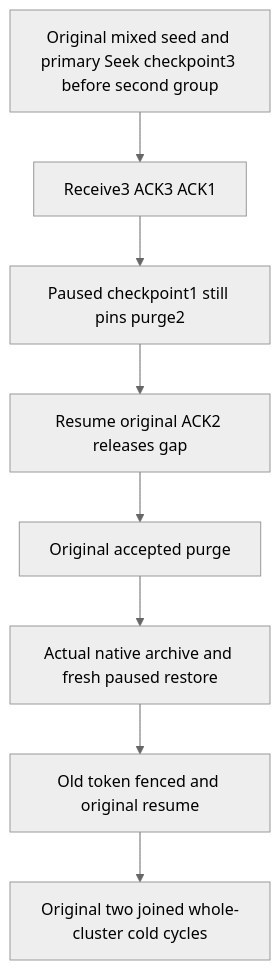
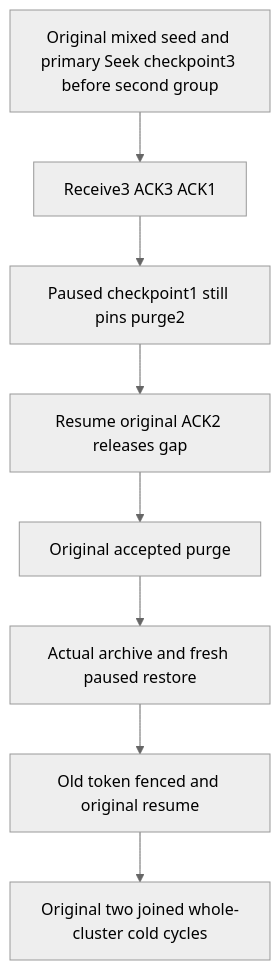
The diagram in docs/Features/EventStreams/AcknowledgedRetentionArchivePublic.md (managedcode/KeyLoad), drawn with Mermaid (neutral theme) before and after one commit. The commit also changed other lines of this file and 9016 other files, not shown here.

````diff
--- a/docs/Features/EventStreams/AcknowledgedRetentionArchivePublic.md
+++ b/docs/Features/EventStreams/AcknowledgedRetentionArchivePublic.md
@@ -21,10 +21,10 @@
 ```mermaid
 flowchart TD
  A[Original mixed seed and primary Seek checkpoint3 before second group] --> B[Receive3 ACK3 ACK1]
  B --> C[Paused checkpoint1 still pins purge2]
  C --> D[Resume original ACK2 releases gap]
  D --> E[Original accepted purge]
- E --> F[Actual native archive and fresh paused restore]
+ E --> F[Actual archive and fresh paused restore]
  F --> G[Old token fenced and original resume]
  G --> H[Original two joined whole-cluster cold cycles]
 ```
````
